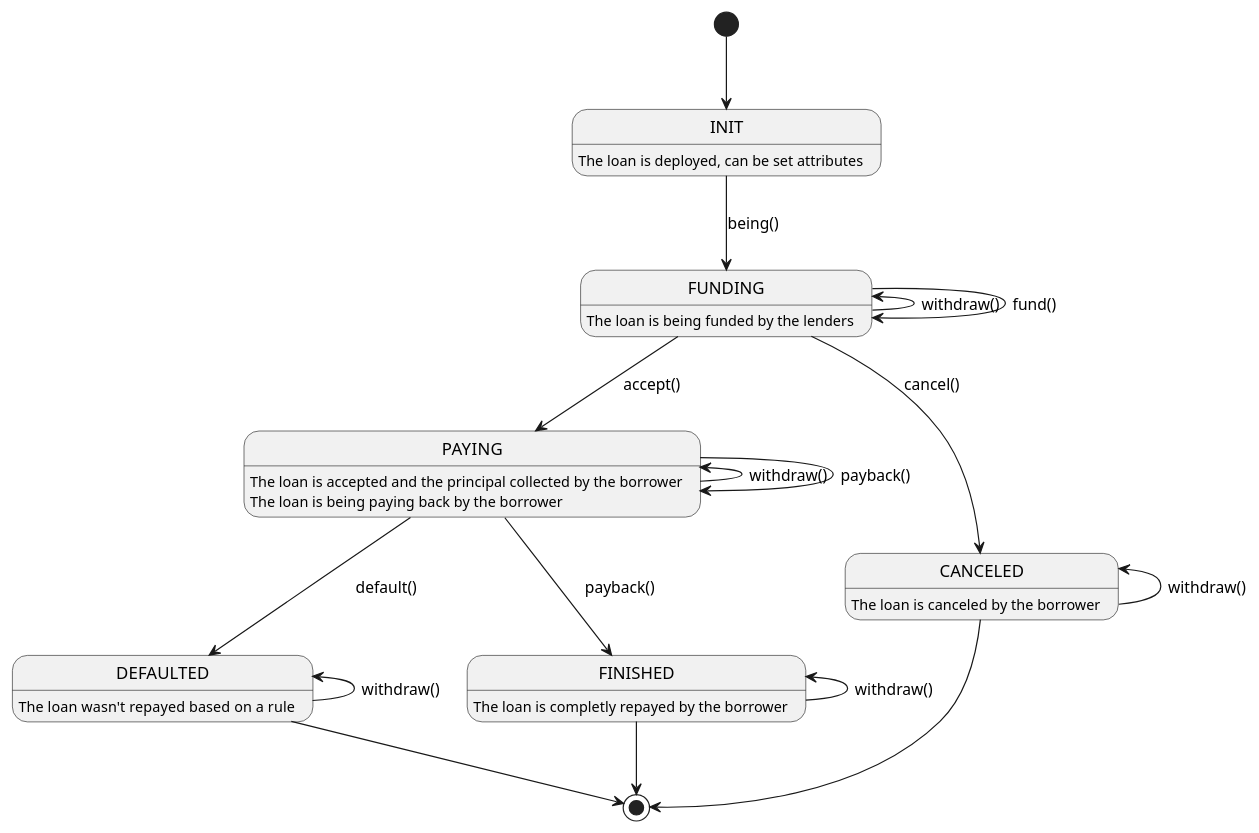
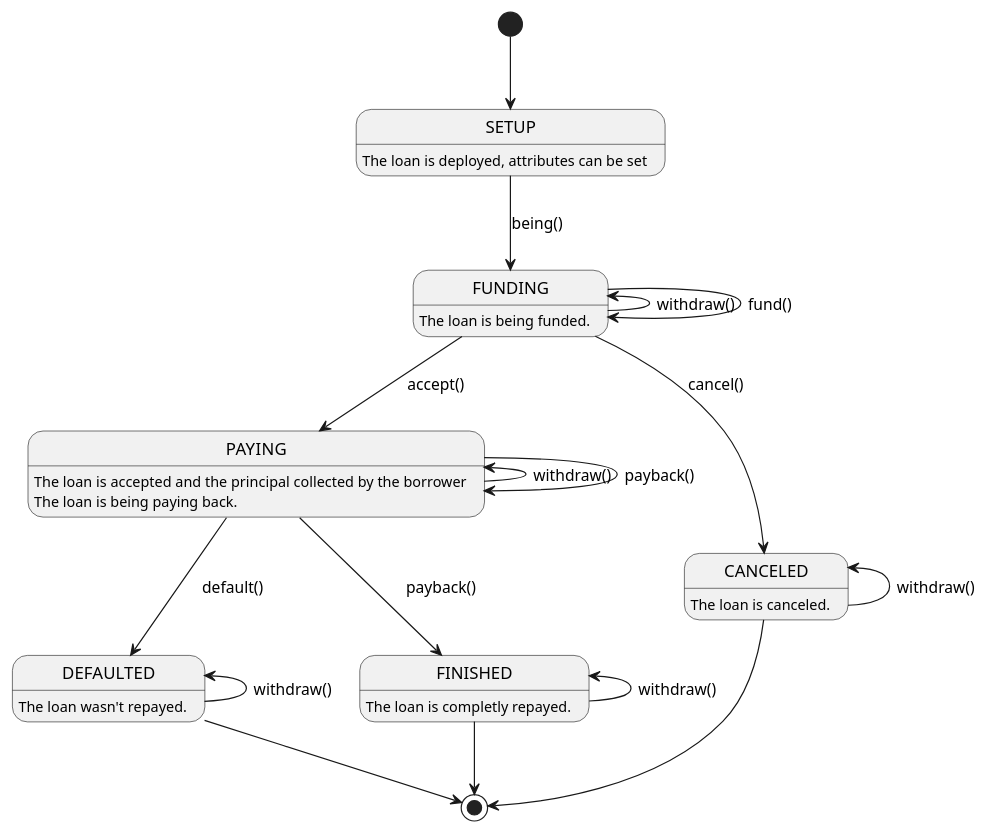
The diagram in diagrams/state-loan.puml (EtherLoan/loan-standard), drawn with PlantUML before and after one commit. The commit also changed 6 other files, not shown here.

Commit message:
code & diagram update

```diff
--- a/diagrams/state-loan.puml
+++ b/diagrams/state-loan.puml
@@ -1,25 +1,25 @@
 @startuml
-INIT: The loan is deployed, can be set attributes
-FUNDING : The loan is being funded by the lenders
-PAYING: The loan is accepted and the principal collected by the borrower\nThe loan is being paying back by the borrower
-CANCELED: The loan is canceled by the borrower
-FINISHED: The loan is completly repayed by the borrower
-DEFAULTED: The loan wasn't  repayed based on a rule
+SETUP: The loan is deployed, attributes can be set
+FUNDING : The loan is being funded.
+PAYING: The loan is accepted and the principal collected by the borrower\nThe loan is being paying back.
+CANCELED: The loan is canceled.
+FINISHED: The loan is completly repayed.
+DEFAULTED: The loan wasn't repayed.
 
-[*] --> INIT
-INIT --> FUNDING: being()
+[*] --> SETUP 
+SETUP --> FUNDING: being()
 FUNDING --> FUNDING: fund()
 FUNDING -left-> FUNDING: withdraw()
 FUNDING --> PAYING: accept()
 FUNDING --> CANCELED: cancel()
 CANCELED -left-> CANCELED: withdraw()
 CANCELED --> [*]
 PAYING --> PAYING: payback()
 PAYING -left-> PAYING: withdraw()
 PAYING --> FINISHED: payback()
 FINISHED -left-> FINISHED: withdraw()
 PAYING --> DEFAULTED: default()
 DEFAULTED -left-> DEFAULTED: withdraw()
 DEFAULTED --> [*]
 FINISHED -->  [*]
 @enduml
```
